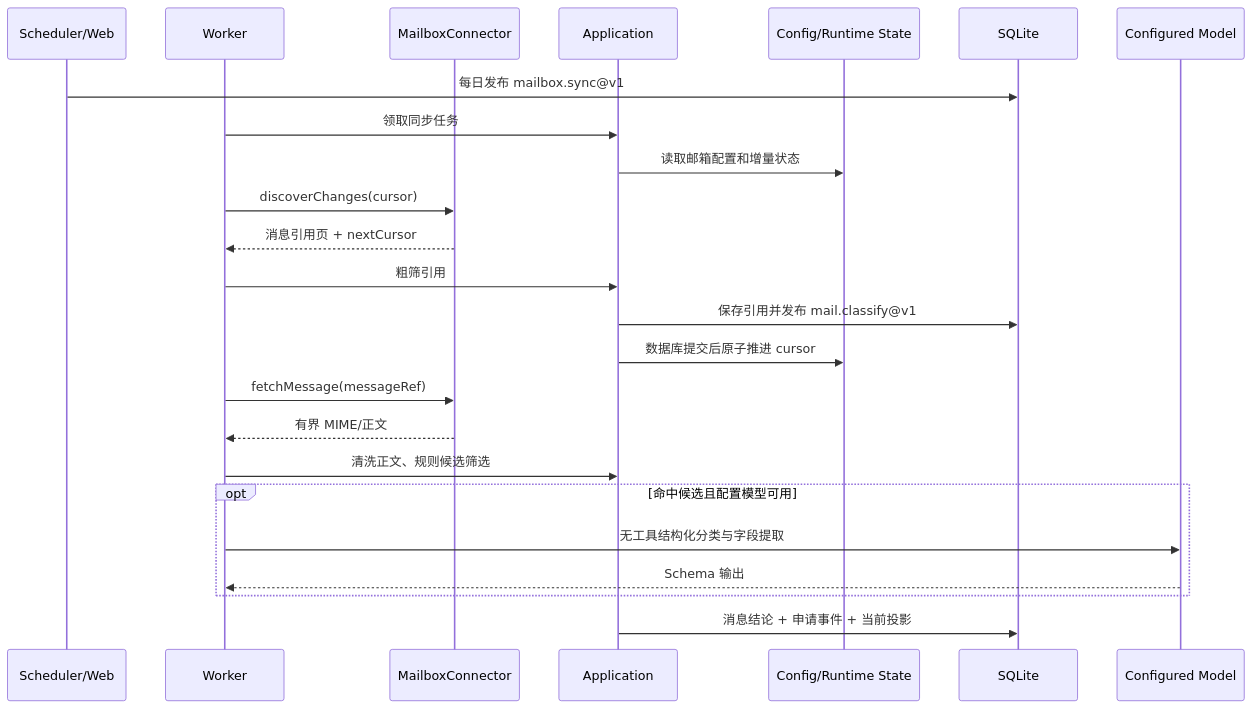
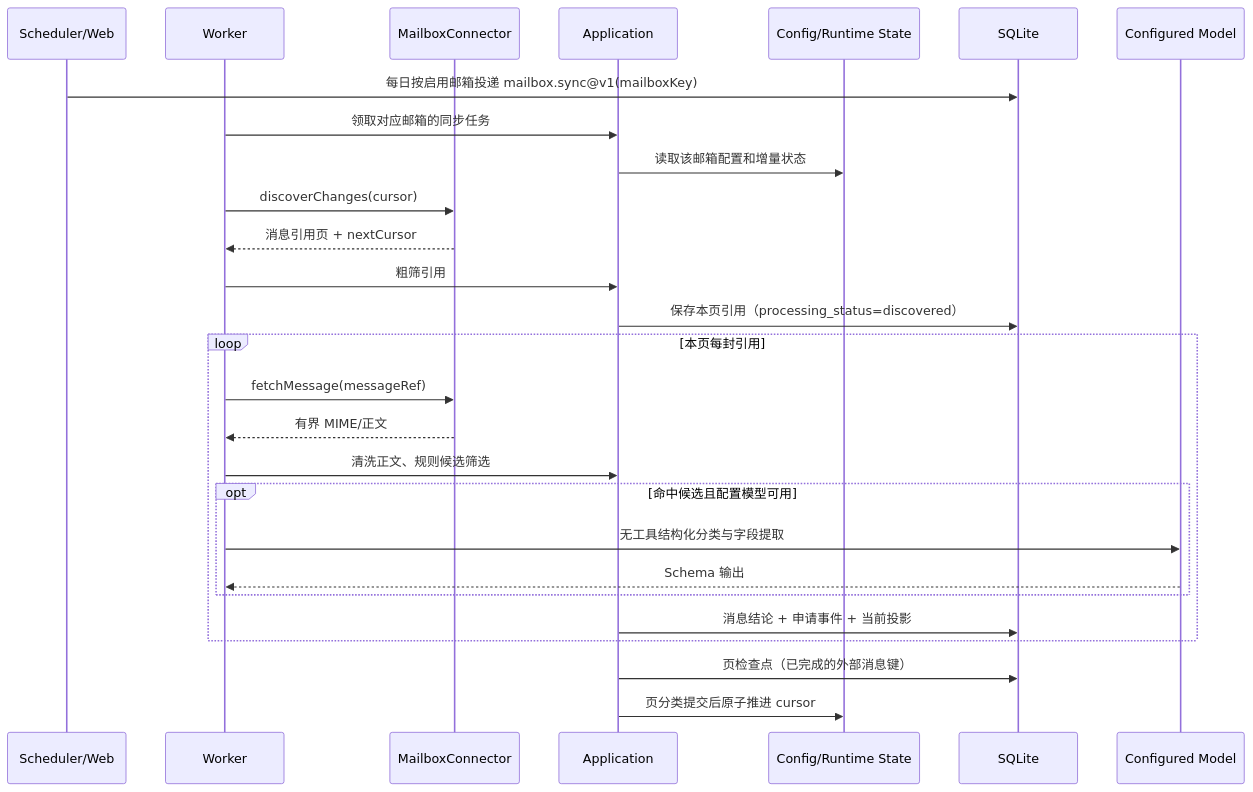
Before and after one commit to MonarchMan/JobHunter: the diagram in specs/029-recruitment-mail/design.md, drawn with Mermaid. The commit also changed other lines of this file and 6 other files, not shown here.

````diff
--- a/specs/029-recruitment-mail/design.md
+++ b/specs/029-recruitment-mail/design.md
@@ -178,27 +178,30 @@
 ```mermaid
 sequenceDiagram
     participant S as Scheduler/Web
     participant W as Worker
     participant C as MailboxConnector
     participant A as Application
     participant F as Config/Runtime State
     participant D as SQLite
     participant M as Configured Model
 
-    S->>D: 每日发布 mailbox.sync@v1
-    W->>A: 领取同步任务
-    A->>F: 读取邮箱配置和增量状态
+    S->>D: 每日按启用邮箱投递 mailbox.sync@v1(mailboxKey)
+    W->>A: 领取对应邮箱的同步任务
+    A->>F: 读取该邮箱配置和增量状态
     W->>C: discoverChanges(cursor)
     C-->>W: 消息引用页 + nextCursor
     W->>A: 粗筛引用
-    A->>D: 保存引用并发布 mail.classify@v1
-    A->>F: 数据库提交后原子推进 cursor
-    W->>C: fetchMessage(messageRef)
-    C-->>W: 有界 MIME/正文
-    W->>A: 清洗正文、规则候选筛选
-    opt 命中候选且配置模型可用
-        W->>M: 无工具结构化分类与字段提取
-        M-->>W: Schema 输出
+    A->>D: 保存本页引用（processing_status=discovered）
+    loop 本页每封引用
+        W->>C: fetchMessage(messageRef)
+        C-->>W: 有界 MIME/正文
+        W->>A: 清洗正文、规则候选筛选
+        opt 命中候选且配置模型可用
+            W->>M: 无工具结构化分类与字段提取
+            M-->>W: Schema 输出
+        end
+        A->>D: 消息结论 + 申请事件 + 当前投影
     end
-    A->>D: 消息结论 + 申请事件 + 当前投影
+    A->>D: 页检查点（已完成的外部消息键）
+    A->>F: 页分类提交后原子推进 cursor
 ```
````
